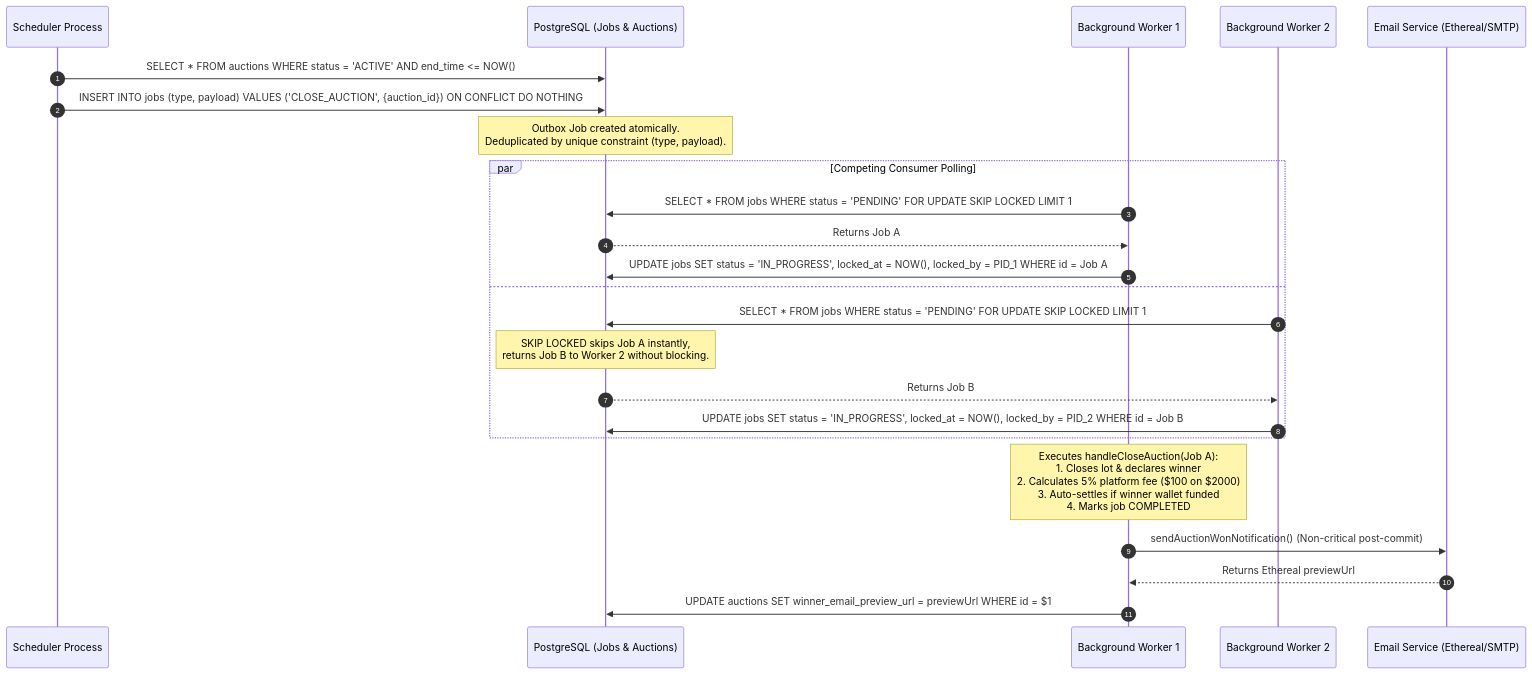
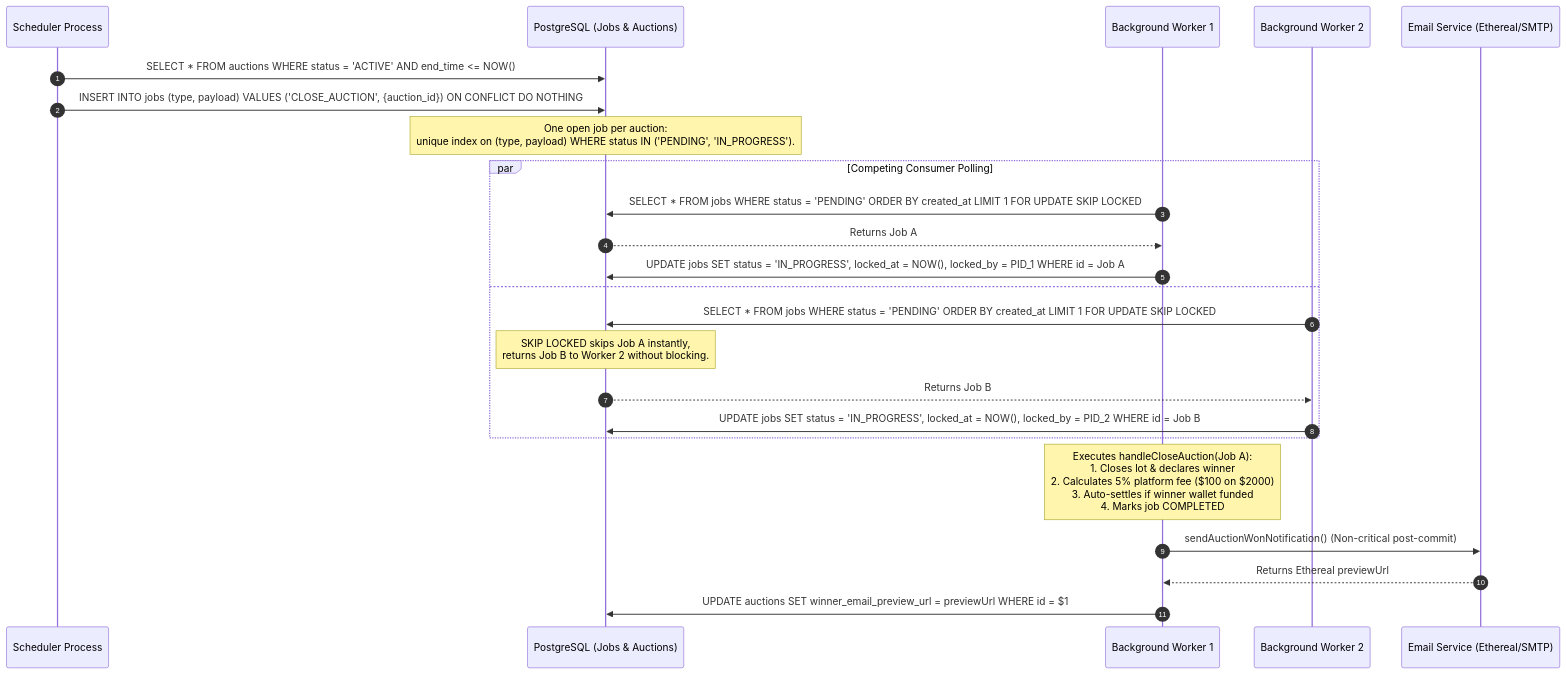
One commit to 23abhishek2024/auctionloom changed the fourth of 6 diagrams in bidding_system_hld.md. Above: the diagram before and after it, drawn with Mermaid. The commit also changed other lines of this file and 2 other files, not shown here.

````diff
--- a/bidding_system_hld.md
+++ b/bidding_system_hld.md
@@ -382,30 +383,30 @@
 ```mermaid
 sequenceDiagram
     autonumber
     participant Cron as Scheduler Process
     participant DB as PostgreSQL (Jobs & Auctions)
     participant Worker1 as Background Worker 1
     participant Worker2 as Background Worker 2
     participant Email as Email Service (Ethereal/SMTP)
 
     Cron->>DB: SELECT * FROM auctions WHERE status = 'ACTIVE' AND end_time <= NOW()
     Cron->>DB: INSERT INTO jobs (type, payload) VALUES ('CLOSE_AUCTION', {auction_id}) ON CONFLICT DO NOTHING
-    Note over DB: Outbox Job created atomically.<br/>Deduplicated by unique constraint (type, payload).
+    Note over DB: One open job per auction:<br/>unique index on (type, payload) WHERE status IN ('PENDING', 'IN_PROGRESS').
 
     par Competing Consumer Polling
-        Worker1->>DB: SELECT * FROM jobs WHERE status = 'PENDING' FOR UPDATE SKIP LOCKED LIMIT 1
+        Worker1->>DB: SELECT * FROM jobs WHERE status = 'PENDING' ORDER BY created_at LIMIT 1 FOR UPDATE SKIP LOCKED
         DB-->>Worker1: Returns Job A
         Worker1->>DB: UPDATE jobs SET status = 'IN_PROGRESS', locked_at = NOW(), locked_by = PID_1 WHERE id = Job A
     and
-        Worker2->>DB: SELECT * FROM jobs WHERE status = 'PENDING' FOR UPDATE SKIP LOCKED LIMIT 1
+        Worker2->>DB: SELECT * FROM jobs WHERE status = 'PENDING' ORDER BY created_at LIMIT 1 FOR UPDATE SKIP LOCKED
         Note over DB: SKIP LOCKED skips Job A instantly,<br/>returns Job B to Worker 2 without blocking.
         DB-->>Worker2: Returns Job B
         Worker2->>DB: UPDATE jobs SET status = 'IN_PROGRESS', locked_at = NOW(), locked_by = PID_2 WHERE id = Job B
     end
 
     Note over Worker1: Executes handleCloseAuction(Job A):<br/>1. Closes lot & declares winner<br/>2. Calculates 5% platform fee ($100 on $2000)<br/>3. Auto-settles if winner wallet funded<br/>4. Marks job COMPLETED
 
     Worker1->>Email: sendAuctionWonNotification() (Non-critical post-commit)
     Email-->>Worker1: Returns Ethereal previewUrl
     Worker1->>DB: UPDATE auctions SET winner_email_preview_url = previewUrl WHERE id = $1
 ```
````
